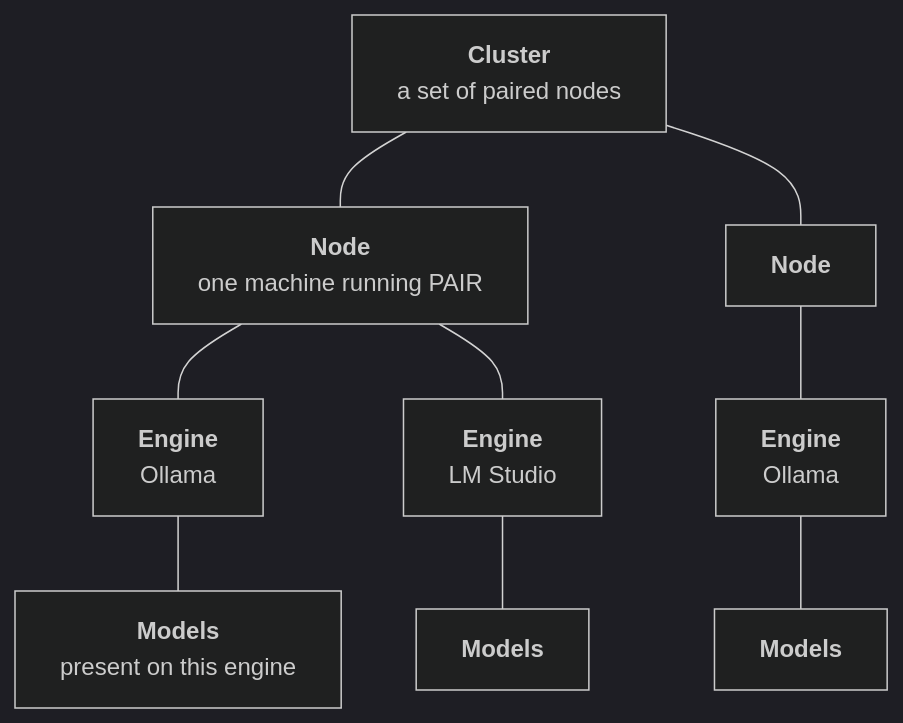
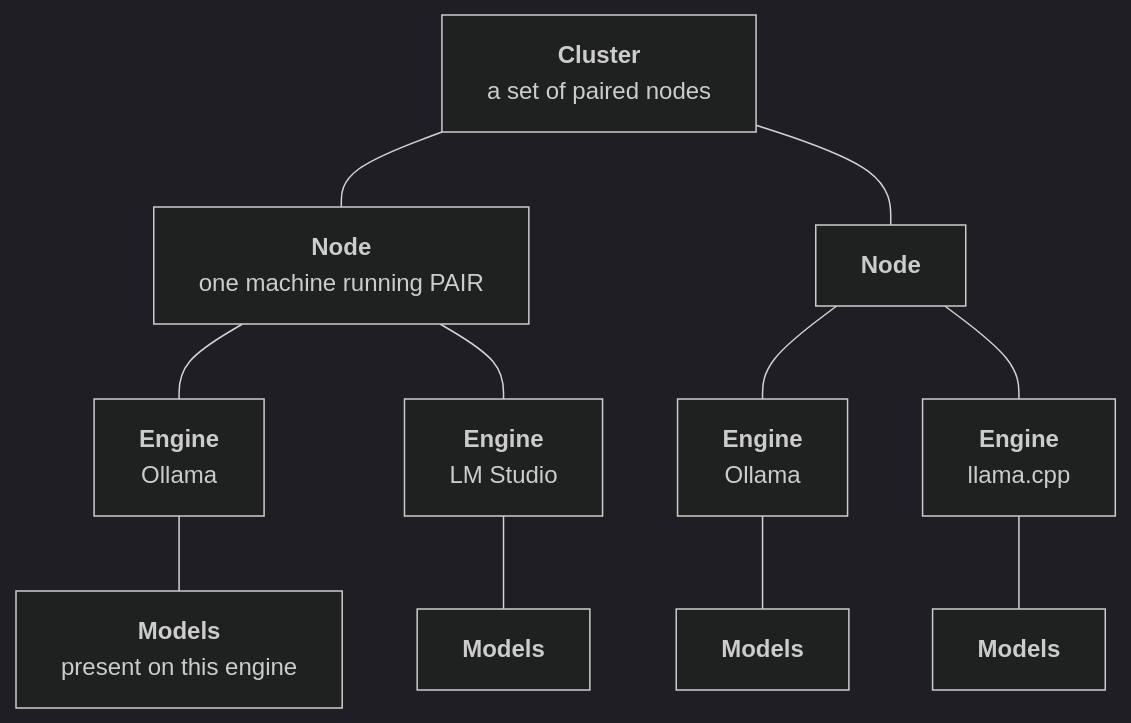
The first of 5 diagrams in docs/architecture.mdx (NVIDIA/Personal-AI-Router), drawn with Mermaid (dark theme) before and after one commit. The commit also changed other lines of this file and 12 other files, not shown here.

First line of the commit message:
review and add of Llama.cpp in 3 places (#171)

````diff
--- a/docs/architecture.mdx
+++ b/docs/architecture.mdx
@@ -19,21 +19,25 @@
 ```mermaid
 flowchart TB
     Cluster["<b>Cluster</b><br/>a set of paired nodes"]
     NodeA["<b>Node</b><br/>one machine running PAIR"]
     NodeB["<b>Node</b>"]
     EngineA1["<b>Engine</b><br/>Ollama"]
     EngineA2["<b>Engine</b><br/>LM Studio"]
     EngineB1["<b>Engine</b><br/>Ollama"]
+    EngineB2["<b>Engine</b><br/>llama.cpp"]
     ModelA1["<b>Models</b><br/>present on this engine"]
     ModelA2["<b>Models</b>"]
     ModelB1["<b>Models</b>"]
+    ModelB2["<b>Models</b>"]
 
     Cluster --- NodeA
     Cluster --- NodeB
     NodeA --- EngineA1
     NodeA --- EngineA2
     NodeB --- EngineB1
+    NodeB --- EngineB2
     EngineA1 --- ModelA1
     EngineA2 --- ModelA2
     EngineB1 --- ModelB1
+    EngineB2 --- ModelB2
 ```
````
